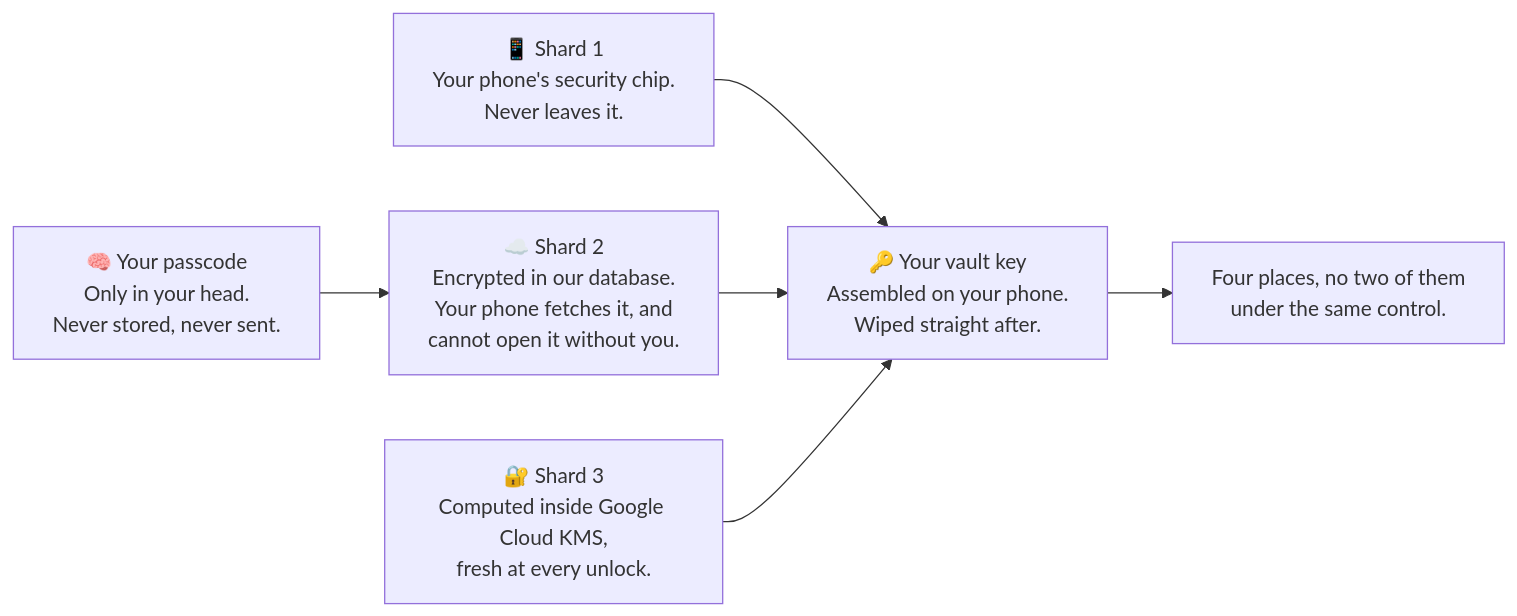
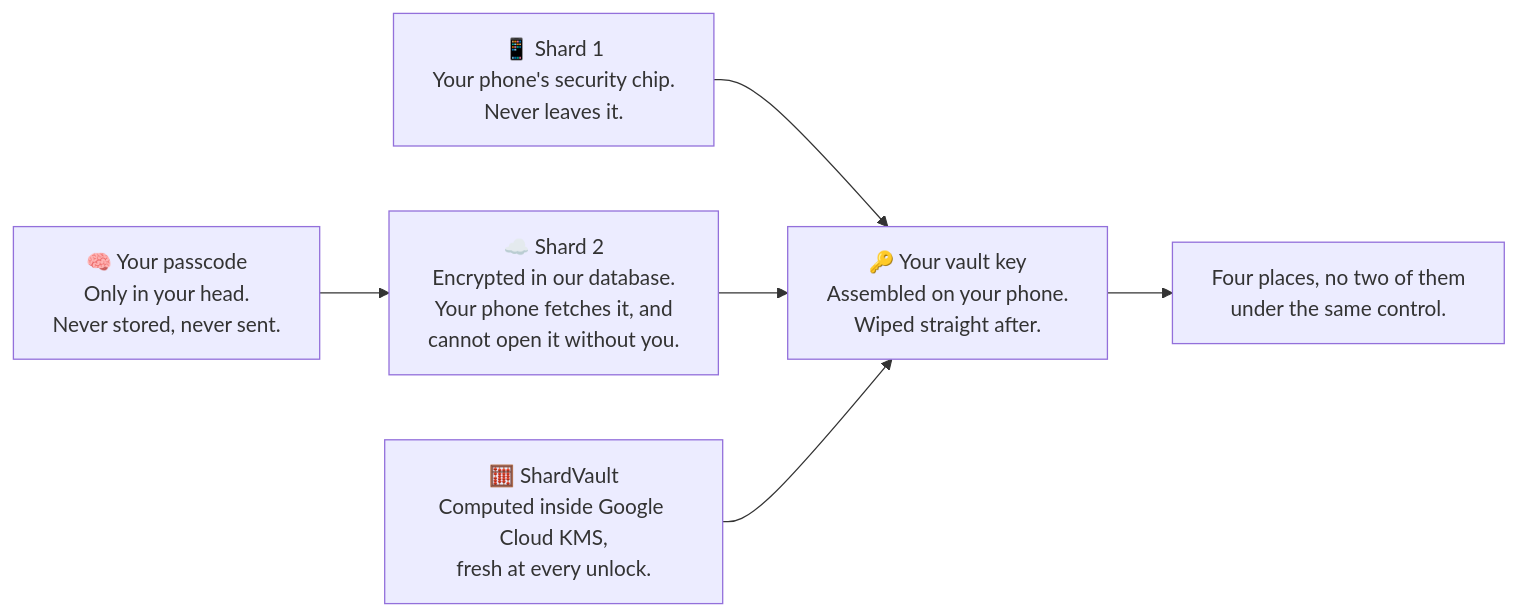
One commit to TuPhung369/passwordepic-website changed the first of 4 diagrams in docs/how-it-works.md. Above: the diagram before and after it, drawn with Mermaid. The commit also changed 6 other files, not shown here.

````diff
--- a/docs/how-it-works.md
+++ b/docs/how-it-works.md
@@ -22,10 +22,10 @@
 ```mermaid
 flowchart LR
   P["🧠 Your passcode<br/>Only in your head.<br/>Never stored, never sent."] --> S2
   S2["☁️ Shard 2<br/>Encrypted in our database.<br/>Your phone fetches it, and<br/>cannot open it without you."]
   S1["📱 Shard 1<br/>Your phone's security chip.<br/>Never leaves it."] --> KEY
   S2 --> KEY
-  S3["🔐 Shard 3<br/>Computed inside Google Cloud KMS,<br/>fresh at every unlock."] --> KEY
+  S3["🧮 ShardVault<br/>Computed inside Google Cloud KMS,<br/>fresh at every unlock."] --> KEY
   KEY["🔑 Your vault key<br/>Assembled on your phone.<br/>Wiped straight after."]
   KEY --> N["Four places, no two of them<br/>under the same control."]
 ```
````
